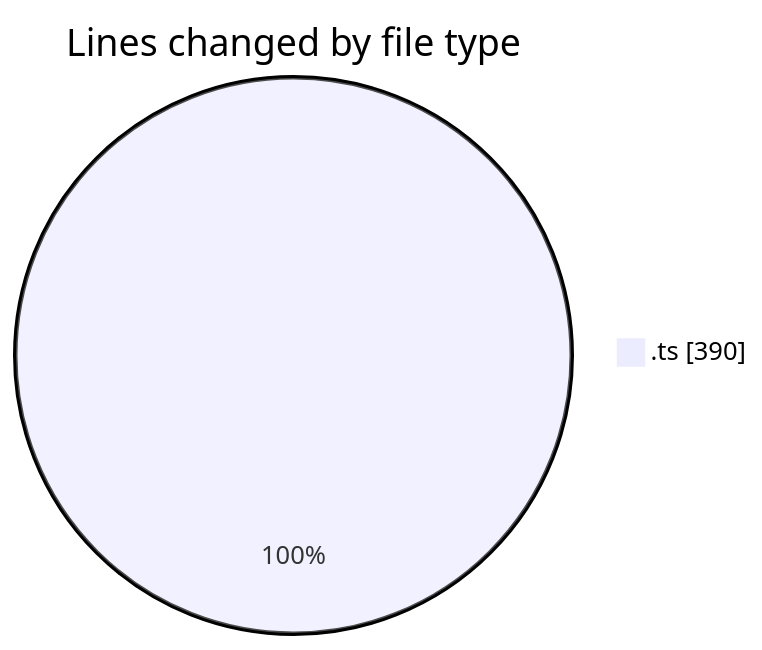
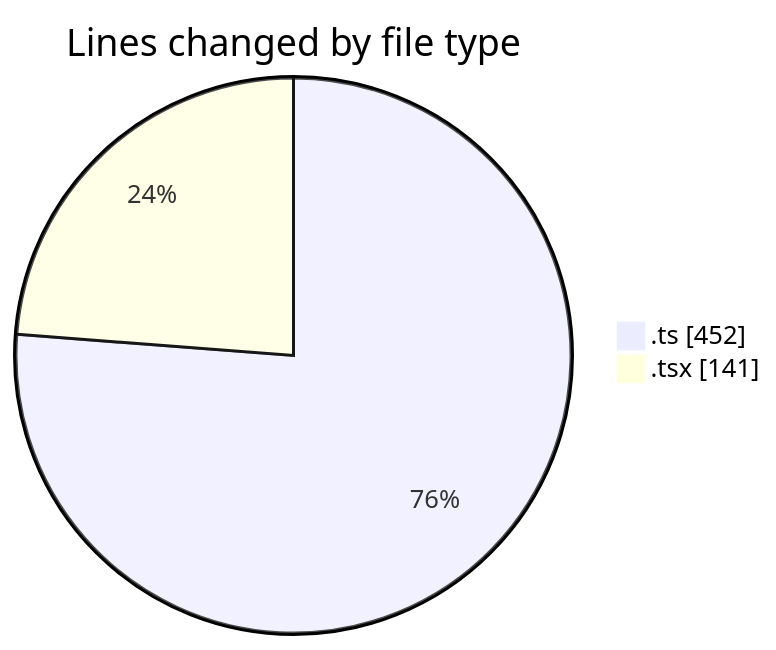
One commit to julien-gomy/code-tracking changed the first of 2 diagrams in 2025-11-03/eventscop-frontend-guide__workspace_/README.md. Above: the diagram before and after it, drawn with Mermaid. The commit also changed other lines of this file and 1 other file, not shown here.

````diff
--- a/2025-11-03/eventscop-frontend-guide__workspace_/README.md
+++ b/2025-11-03/eventscop-frontend-guide__workspace_/README.md
@@ -20,5 +22,6 @@
 ```mermaid
 pie showData
 title Lines changed by file type
-".ts" : 390
+".ts" : 452
+".tsx" : 141
 ```
````
